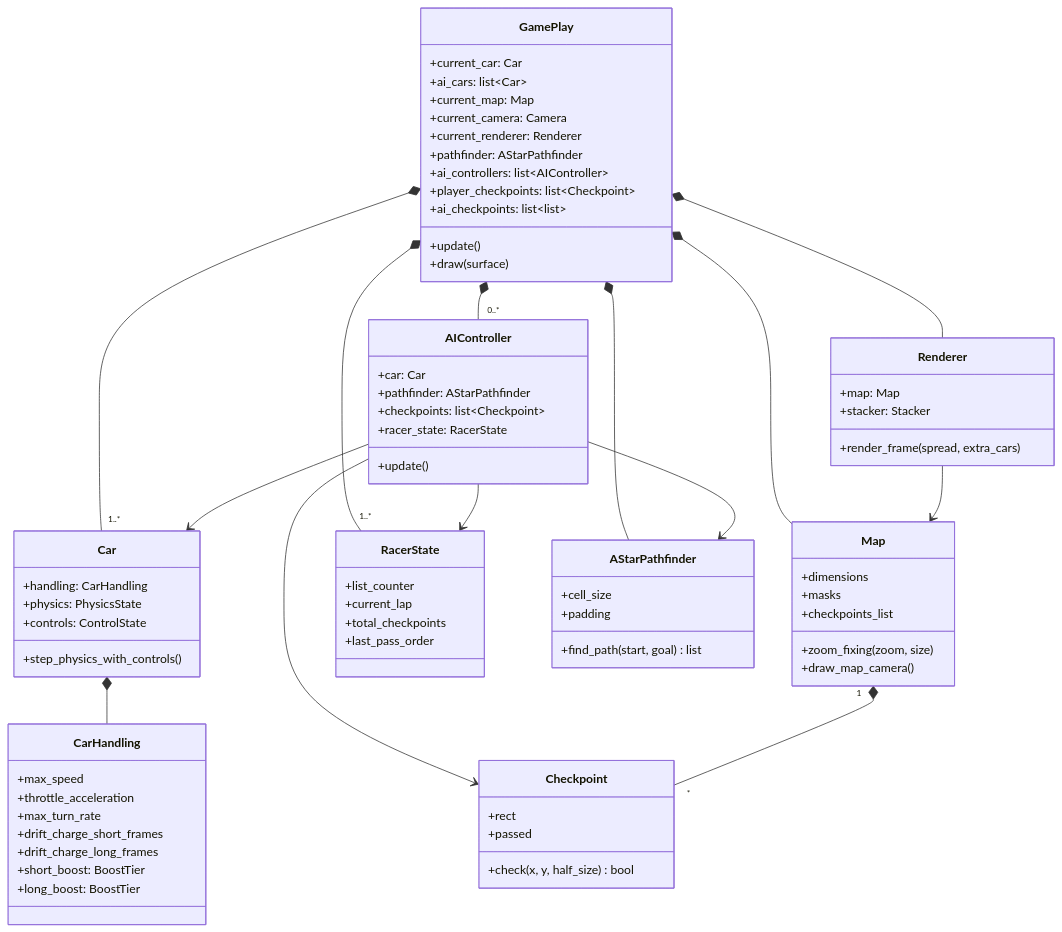
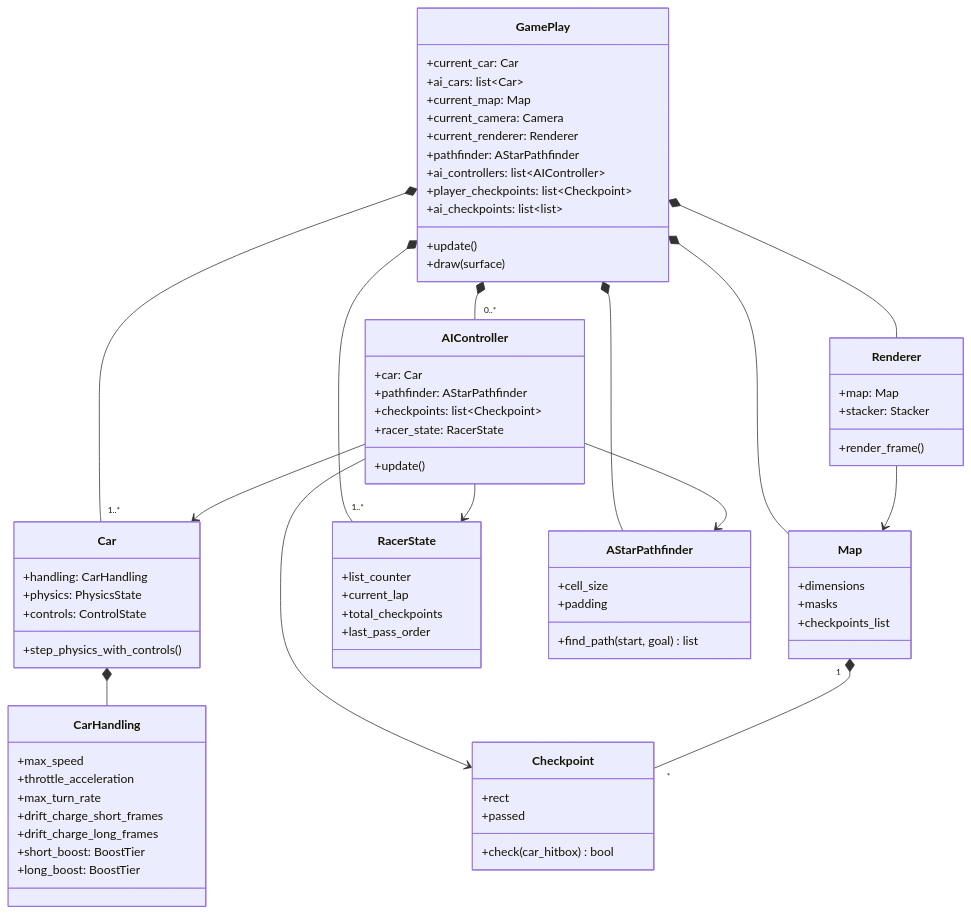
One commit to Group-Project-200/Kar-kart changed the diagram in README.md. Above: the diagram before and after it, drawn with Mermaid. The commit also changed other lines of this file, not shown here.

```diff
--- a/README.md
+++ b/README.md
@@ -205,14 +197,12 @@
         +dimensions
         +masks
         +checkpoints_list
-        +zoom_fixing(zoom, size)
-        +draw_map_camera()
     }
 
     class Checkpoint {
         +rect
         +passed
-        +check(x, y, half_size) bool
+        +check(car_hitbox) bool
     }
 
     class RacerState {
@@ -239,7 +229,7 @@
     class Renderer {
         +map: Map
         +stacker: Stacker
-        +render_frame(spread, extra_cars)
+        +render_frame()
     }
 
     GamePlay *-- "1..*" Car
```
